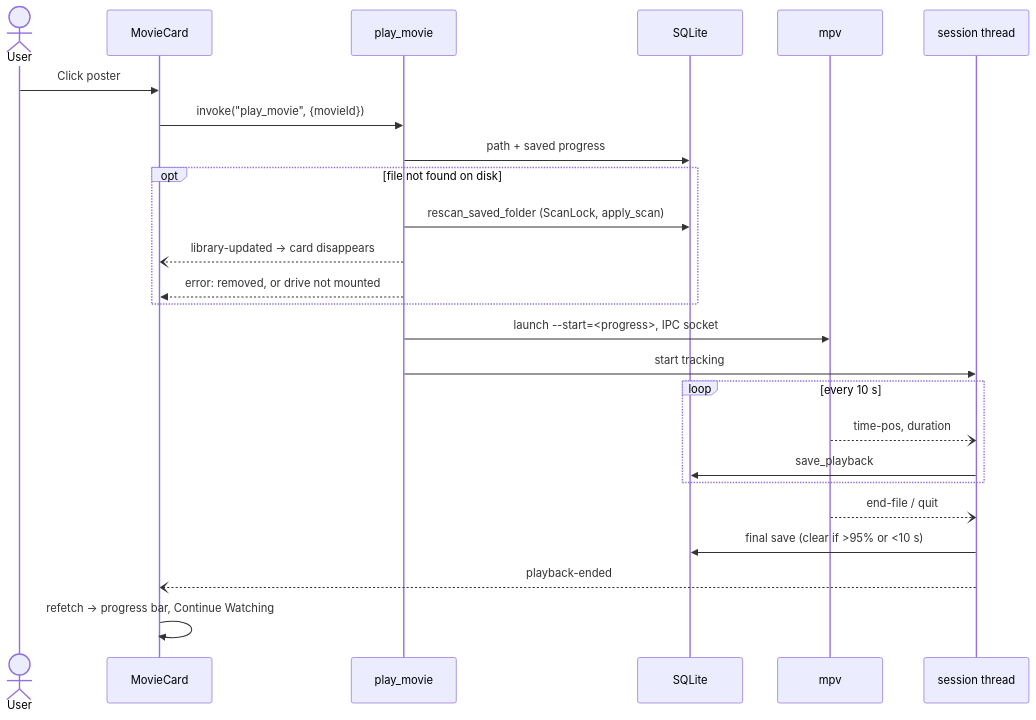
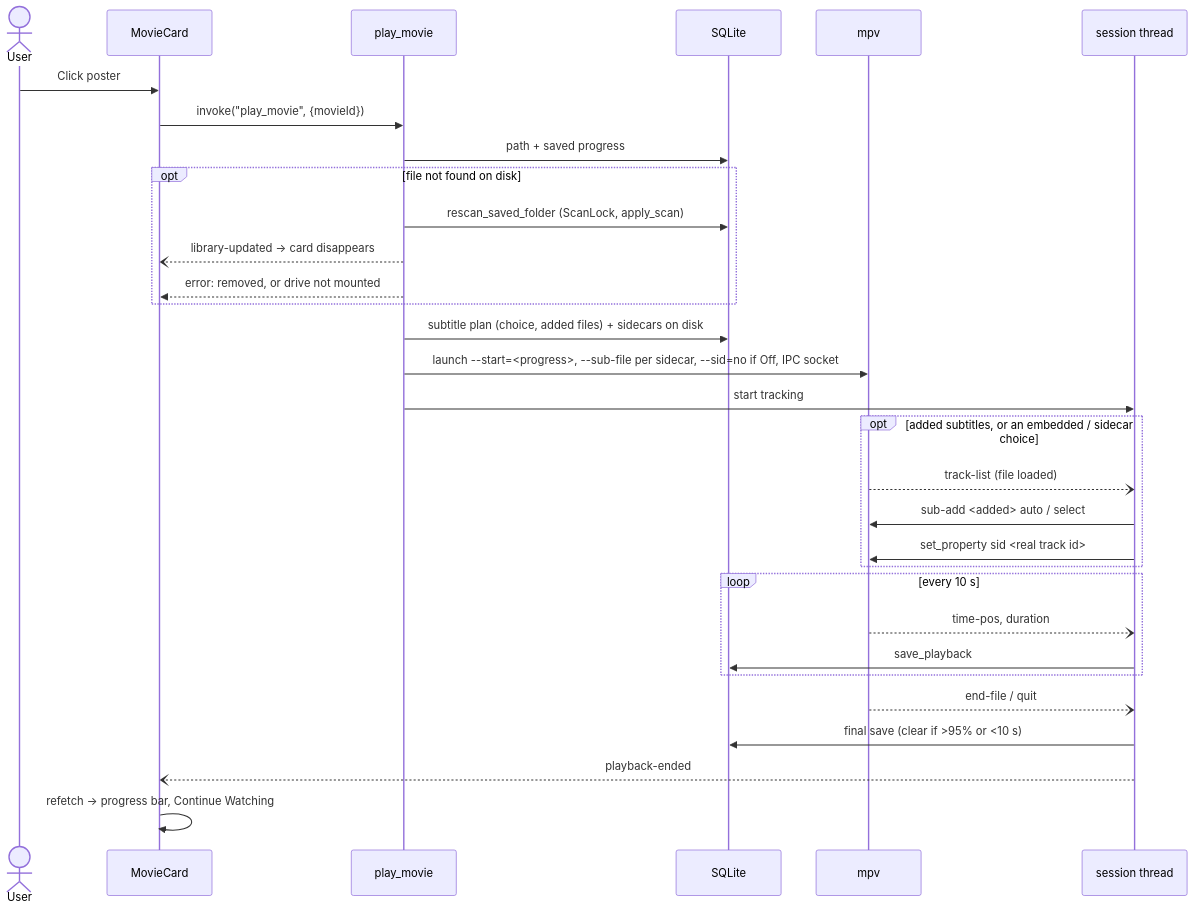
Before and after one commit to jintu-das/blockbuster: the third of 3 diagrams in docs/architecture.md, drawn with Mermaid. The commit also changed other lines of this file and 35 other files, not shown here.

First line of the commit message:
feat: add dialog, radio group, and select components; implement subtitles search and management features

````diff
--- a/docs/architecture.md
+++ b/docs/architecture.md
@@ -95,28 +102,34 @@
 ```mermaid
 sequenceDiagram
   actor U as User
   participant UI as MovieCard
   participant P as play_movie
   participant DB as SQLite
   participant M as mpv
   participant S as session thread
 
   U->>UI: Click poster
   UI->>P: invoke("play_movie", {movieId})
   P->>DB: path + saved progress
   opt file not found on disk
     P->>DB: rescan_saved_folder (ScanLock, apply_scan)
     P--)UI: library-updated → card disappears
     P-->>UI: error: removed, or drive not mounted
   end
-  P->>M: launch --start=#lt;progress#gt;, IPC socket
+  P->>DB: subtitle plan (choice, added files) + sidecars on disk
+  P->>M: launch --start=#lt;progress#gt;, --sub-file per sidecar, --sid=no if Off, IPC socket
   P->>S: start tracking
+  opt added subtitles, or an embedded / sidecar choice
+    M--)S: track-list (file loaded)
+    S->>M: sub-add #lt;added#gt; auto / select
+    S->>M: set_property sid #lt;real track id#gt;
+  end
   loop every 10 s
     M--)S: time-pos, duration
     S->>DB: save_playback
   end
   M--)S: end-file / quit
   S->>DB: final save (clear if >95% or <10 s)
   S--)UI: playback-ended
   UI->>UI: refetch → progress bar, Continue Watching
 ```
````
